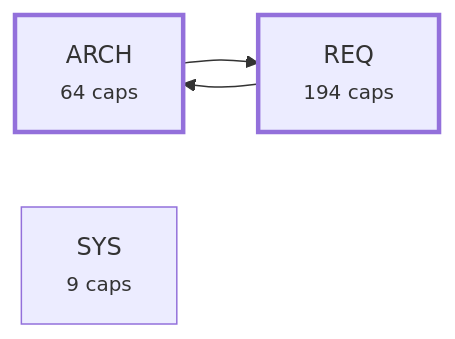
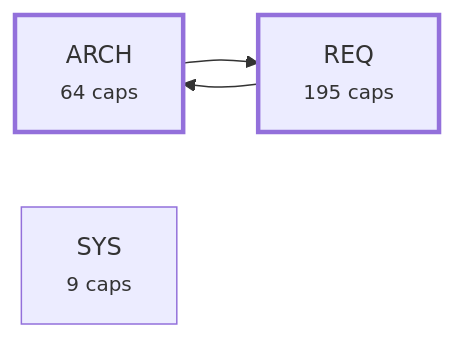
One commit to alxmax/Requirement-manager changed the third of 4 diagrams in plugin/requirements/_map.md. Above: the diagram before and after it, drawn with Mermaid. The commit also changed other lines of this file and 15 other files, not shown here.

````diff
--- a/plugin/requirements/_map.md
+++ b/plugin/requirements/_map.md
@@ -990,10 +991,10 @@
 ```mermaid
 graph LR
   a_ARCH["ARCH<br><small>64 caps</small>"]
-  a_REQ["REQ<br><small>194 caps</small>"]
+  a_REQ["REQ<br><small>195 caps</small>"]
   a_SYS["SYS<br><small>9 caps</small>"]
   a_ARCH --> a_REQ
   a_REQ --> a_ARCH
   style a_ARCH stroke-width:3px
   style a_REQ stroke-width:3px
 ```
````
